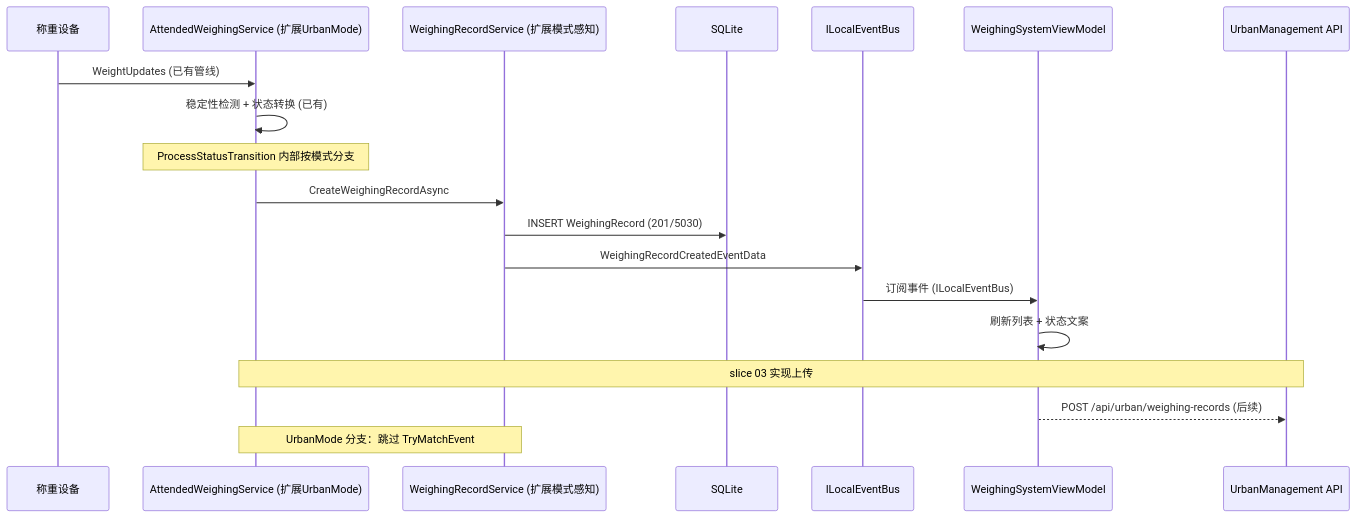
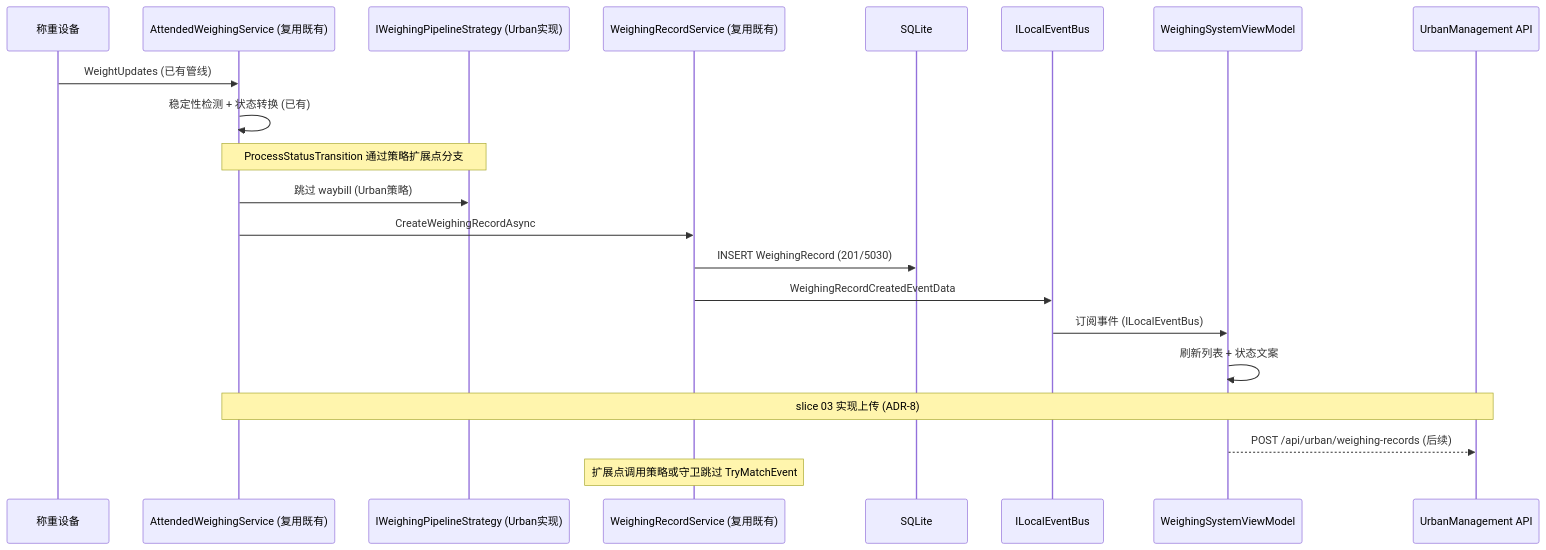
The diagram in openspec/changes/urban-weighing-record-pipeline/proposal.md (feewillowherb/MaterialMonospec), drawn with Mermaid before and after one commit. The commit also changed other lines of this file and 2 other files, not shown here.

First line of the commit message:
docs(openspec): refine Urban weighing record pipeline design (ADR-5/8/9)

````diff
--- a/openspec/changes/urban-weighing-record-pipeline/proposal.md
+++ b/openspec/changes/urban-weighing-record-pipeline/proposal.md
@@ -38,22 +42,24 @@
 ```mermaid
 sequenceDiagram
     participant Dev as 称重设备
-    participant AWS as AttendedWeighingService (扩展UrbanMode)
-    participant WRS as WeighingRecordService (扩展模式感知)
+    participant AWS as AttendedWeighingService (复用既有)
+    participant Strat as IWeighingPipelineStrategy (Urban实现)
+    participant WRS as WeighingRecordService (复用既有)
     participant DB as SQLite
     participant EB as ILocalEventBus
     participant VM as WeighingSystemViewModel
     participant API as UrbanManagement API
 
     Dev->>AWS: WeightUpdates (已有管线)
     AWS->>AWS: 稳定性检测 + 状态转换 (已有)
-    Note over AWS: ProcessStatusTransition 内部按模式分支
+    Note over AWS,Strat: ProcessStatusTransition 通过策略扩展点分支
+    AWS->>Strat: 跳过 waybill (Urban策略)
     AWS->>WRS: CreateWeighingRecordAsync
     WRS->>DB: INSERT WeighingRecord (201/5030)
     WRS->>EB: WeighingRecordCreatedEventData
     EB->>VM: 订阅事件 (ILocalEventBus)
     VM->>VM: 刷新列表 + 状态文案
-    Note over AWS,API: slice 03 实现上传
+    Note over AWS,API: slice 03 实现上传 (ADR-8)
     VM-->>API: POST /api/urban/weighing-records (后续)
-    Note over AWS,WRS: UrbanMode 分支：跳过 TryMatchEvent
+    Note over WRS: 扩展点调用策略或守卫跳过 TryMatchEvent
 ```
````
